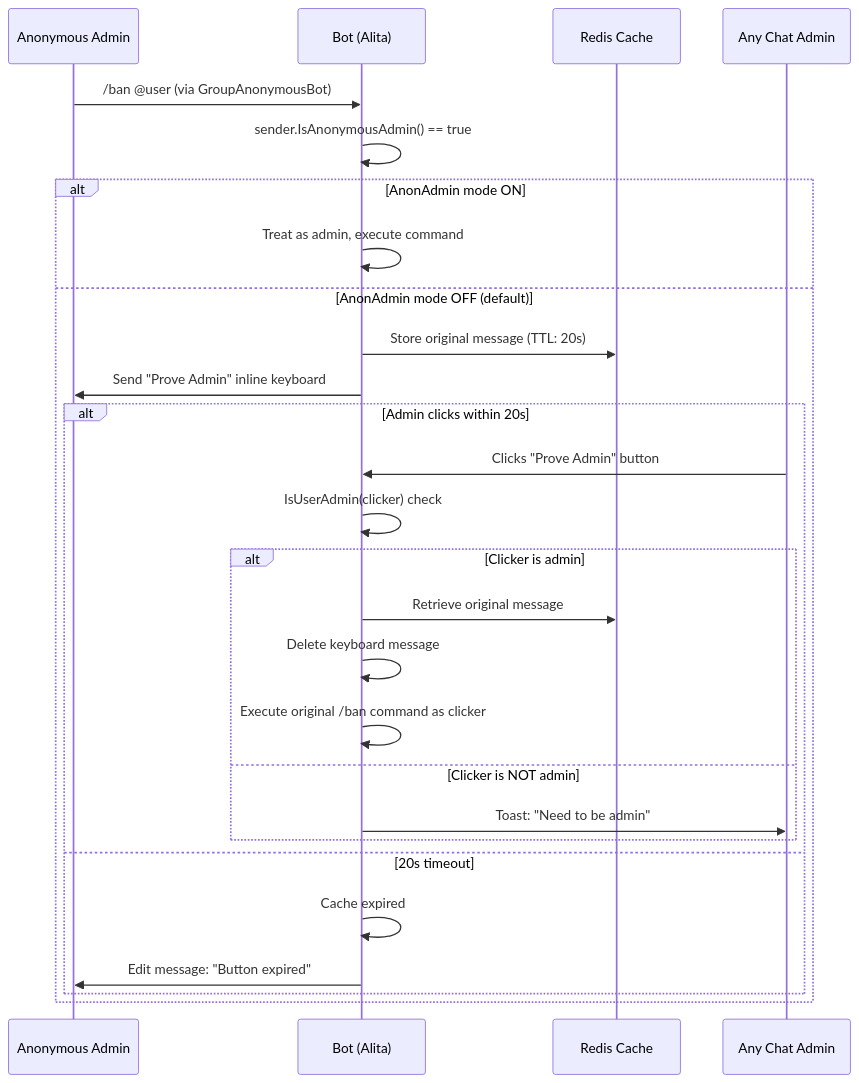
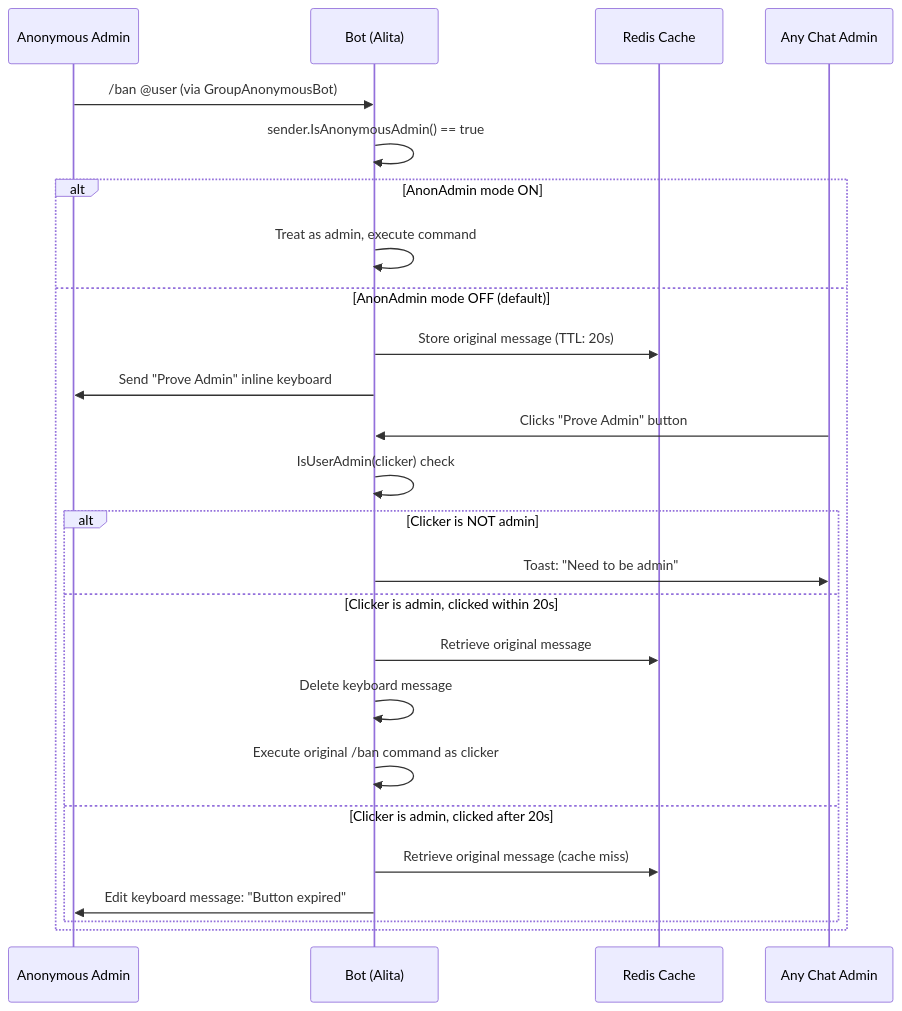
The diagram in docs/src/content/docs/architecture/anonymous-admin.md (Divkix/Alita_Robot), drawn with Mermaid before and after one commit. The commit also changed other lines of this file and 22 other files, not shown here.

First line of the commit message:
docs: sync the self-hosting, architecture, getting-started and contributing pages (#988)

````diff
--- a/docs/src/content/docs/architecture/anonymous-admin.md
+++ b/docs/src/content/docs/architecture/anonymous-admin.md
@@ -33,30 +33,28 @@
 ```mermaid
 sequenceDiagram
     participant A as Anonymous Admin
     participant B as Bot (Alita)
     participant C as Redis Cache
     participant D as Any Chat Admin
 
     A->>B: /ban @user (via GroupAnonymousBot)
     B->>B: sender.IsAnonymousAdmin() == true
     alt AnonAdmin mode ON
         B->>B: Treat as admin, execute command
     else AnonAdmin mode OFF (default)
         B->>C: Store original message (TTL: 20s)
         B->>A: Send "Prove Admin" inline keyboard
-        alt Admin clicks within 20s
-            D->>B: Clicks "Prove Admin" button
-            B->>B: IsUserAdmin(clicker) check
-            alt Clicker is admin
-                B->>C: Retrieve original message
-                B->>B: Delete keyboard message
-                B->>B: Execute original /ban command as clicker
-            else Clicker is NOT admin
-                B->>D: Toast: "Need to be admin"
-            end
-        else 20s timeout
-            B->>B: Cache expired
-            B->>A: Edit message: "Button expired"
+        D->>B: Clicks "Prove Admin" button
+        B->>B: IsUserAdmin(clicker) check
+        alt Clicker is NOT admin
+            B->>D: Toast: "Need to be admin"
+        else Clicker is admin, clicked within 20s
+            B->>C: Retrieve original message
+            B->>B: Delete keyboard message
+            B->>B: Execute original /ban command as clicker
+        else Clicker is admin, clicked after 20s
+            B->>C: Retrieve original message (cache miss)
+            B->>A: Edit keyboard message: "Button expired"
         end
     end
 ```
````
